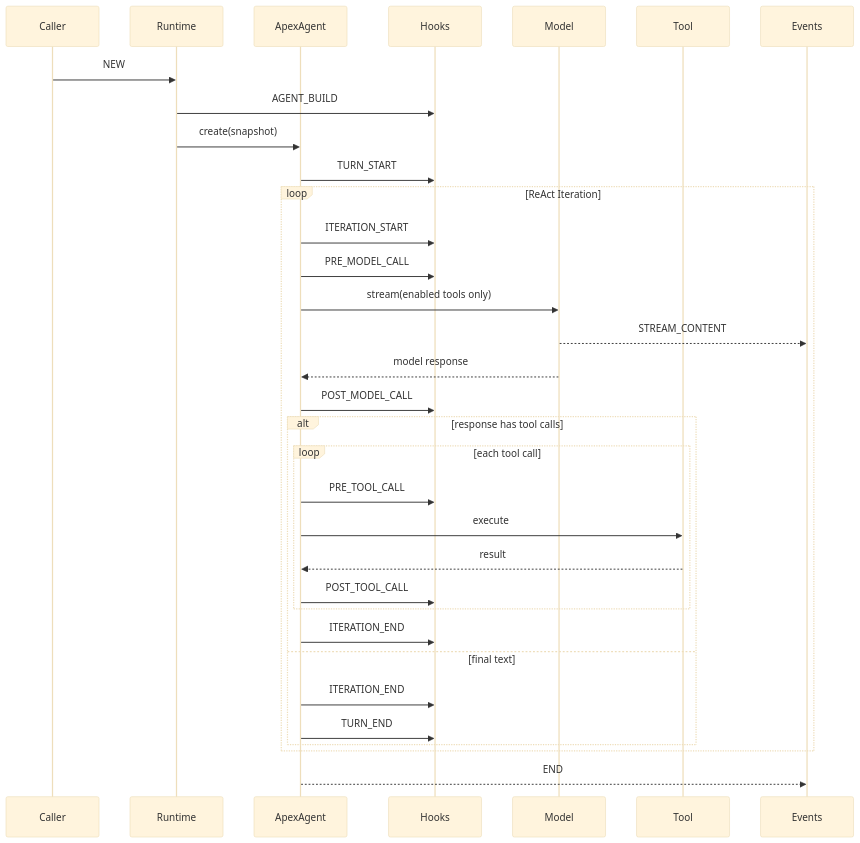
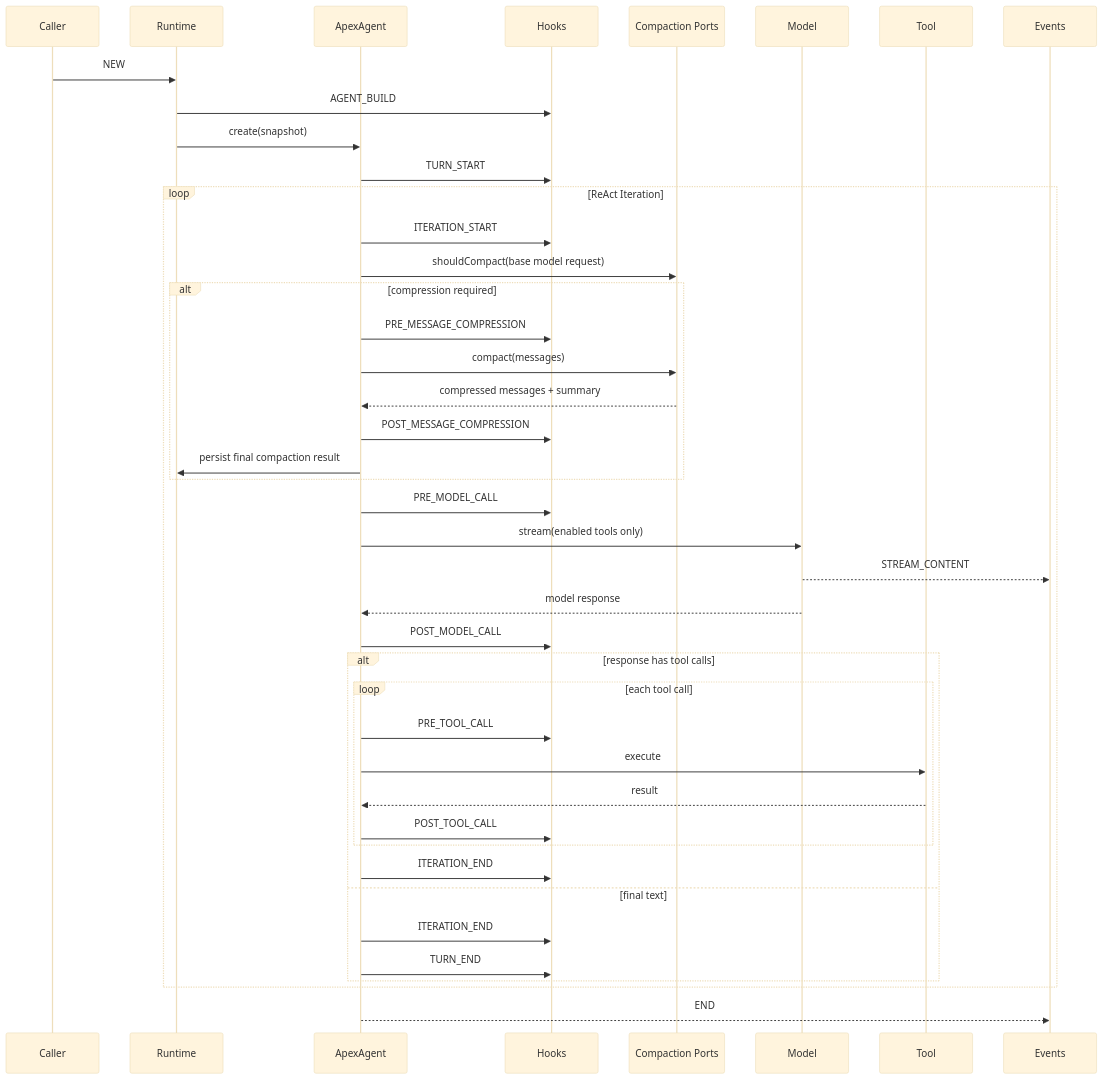
One commit to gemo12123/apex-agent changed the second of 4 diagrams in docs/refact/specs/2026-07-28-apex-agent-backend-refactoring-design.md. Above: the diagram before and after it, drawn with Mermaid (base theme). The commit also changed other lines of this file and 1 other file, not shown here.

````diff
--- a/docs/refact/specs/2026-07-28-apex-agent-backend-refactoring-design.md
+++ b/docs/refact/specs/2026-07-28-apex-agent-backend-refactoring-design.md
@@ -646,36 +677,45 @@
 ```mermaid
 sequenceDiagram
     participant Caller
     participant Runtime
     participant Agent as ApexAgent
     participant Hooks
+    participant Compaction as Compaction Ports
     participant Model
     participant Tool
     participant Events
 
     Caller->>Runtime: NEW
     Runtime->>Hooks: AGENT_BUILD
     Runtime->>Agent: create(snapshot)
     Agent->>Hooks: TURN_START
     loop ReAct Iteration
         Agent->>Hooks: ITERATION_START
+        Agent->>Compaction: shouldCompact(base model request)
+        alt compression required
+            Agent->>Hooks: PRE_MESSAGE_COMPRESSION
+            Agent->>Compaction: compact(messages)
+            Compaction-->>Agent: compressed messages + summary
+            Agent->>Hooks: POST_MESSAGE_COMPRESSION
+            Agent->>Runtime: persist final compaction result
+        end
         Agent->>Hooks: PRE_MODEL_CALL
         Agent->>Model: stream(enabled tools only)
         Model-->>Events: STREAM_CONTENT
         Model-->>Agent: model response
         Agent->>Hooks: POST_MODEL_CALL
         alt response has tool calls
             loop each tool call
                 Agent->>Hooks: PRE_TOOL_CALL
                 Agent->>Tool: execute
                 Tool-->>Agent: result
                 Agent->>Hooks: POST_TOOL_CALL
             end
             Agent->>Hooks: ITERATION_END
         else final text
             Agent->>Hooks: ITERATION_END
             Agent->>Hooks: TURN_END
         end
     end
     Agent-->>Events: END
 ```
````
